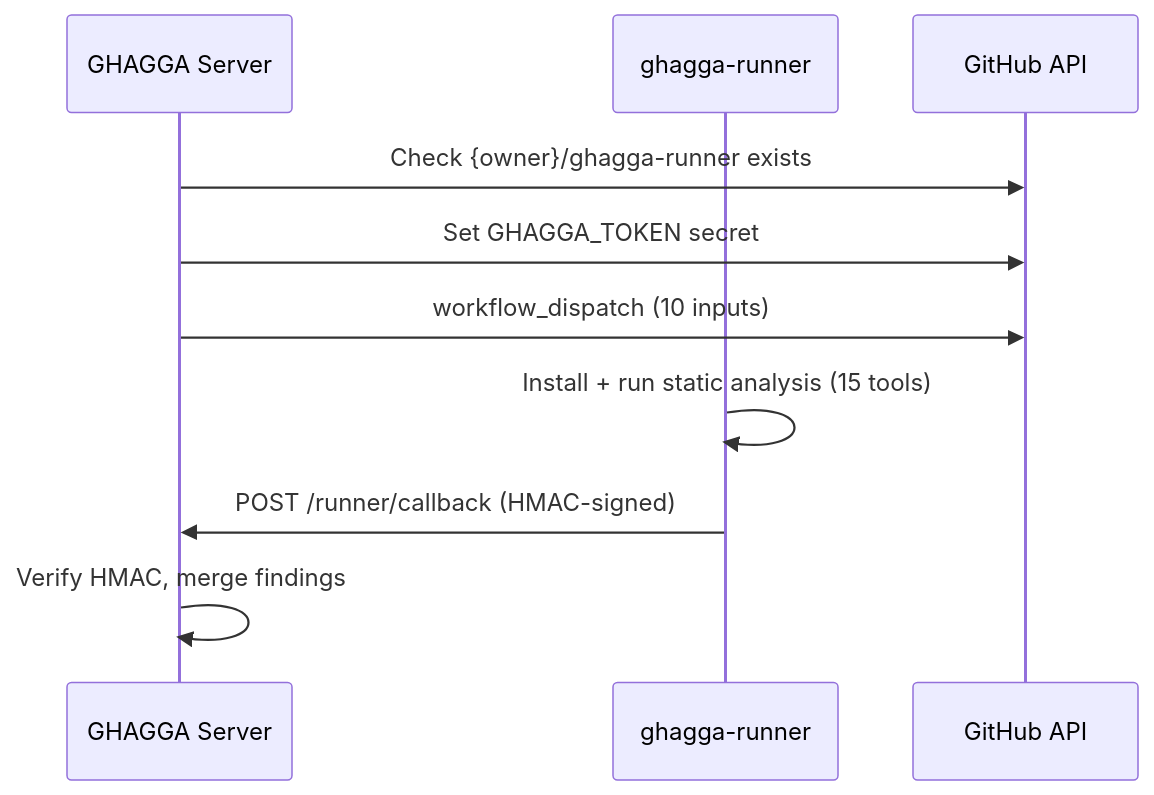
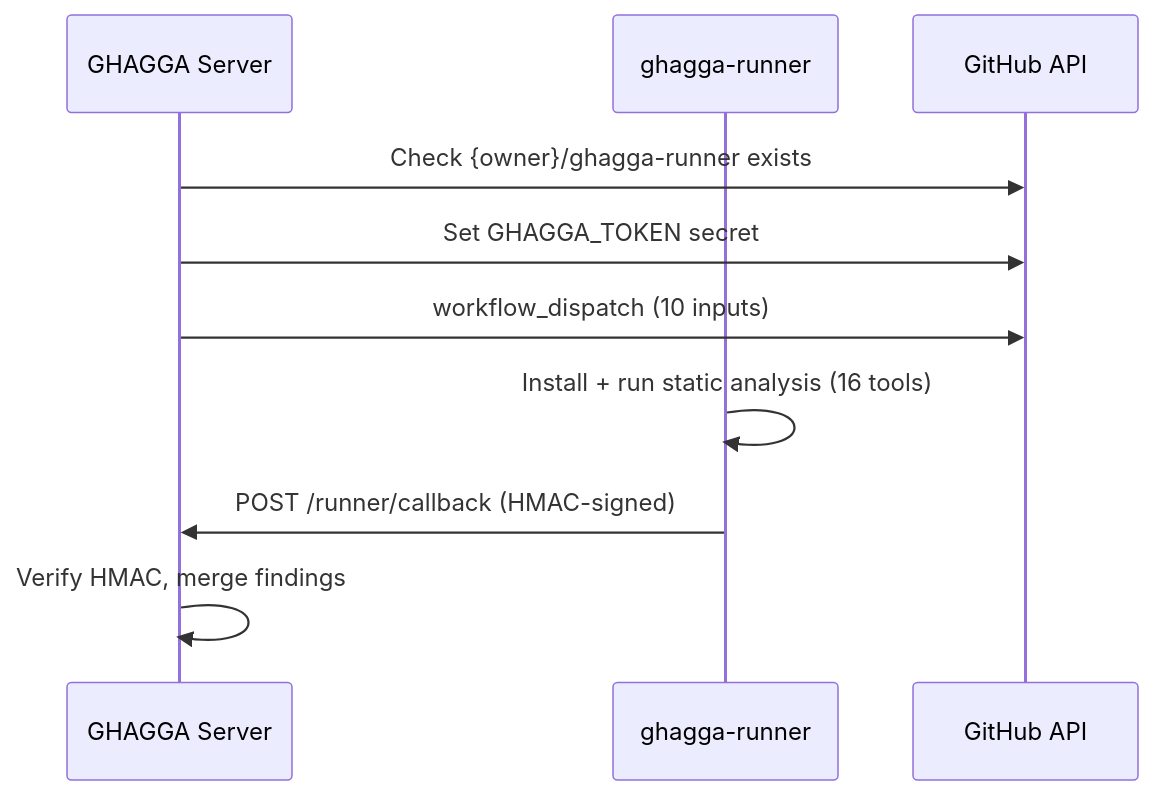
Before and after one commit to JNZader/ghagga: the second of 2 diagrams in docs/architecture.md, drawn with Mermaid. The commit also changed other lines of this file and 16 other files, not shown here.

````diff
--- a/docs/architecture.md
+++ b/docs/architecture.md
@@ -92,13 +92,13 @@
 ```mermaid
 sequenceDiagram
     participant S as GHAGGA Server
     participant R as ghagga-runner
     participant GH as GitHub API
 
     S->>GH: Check {owner}/ghagga-runner exists
     S->>GH: Set GHAGGA_TOKEN secret
     S->>GH: workflow_dispatch (10 inputs)
-    R->>R: Install + run static analysis (15 tools)
+    R->>R: Install + run static analysis (16 tools)
     R->>S: POST /runner/callback (HMAC-signed)
     S->>S: Verify HMAC, merge findings
 ```
````
